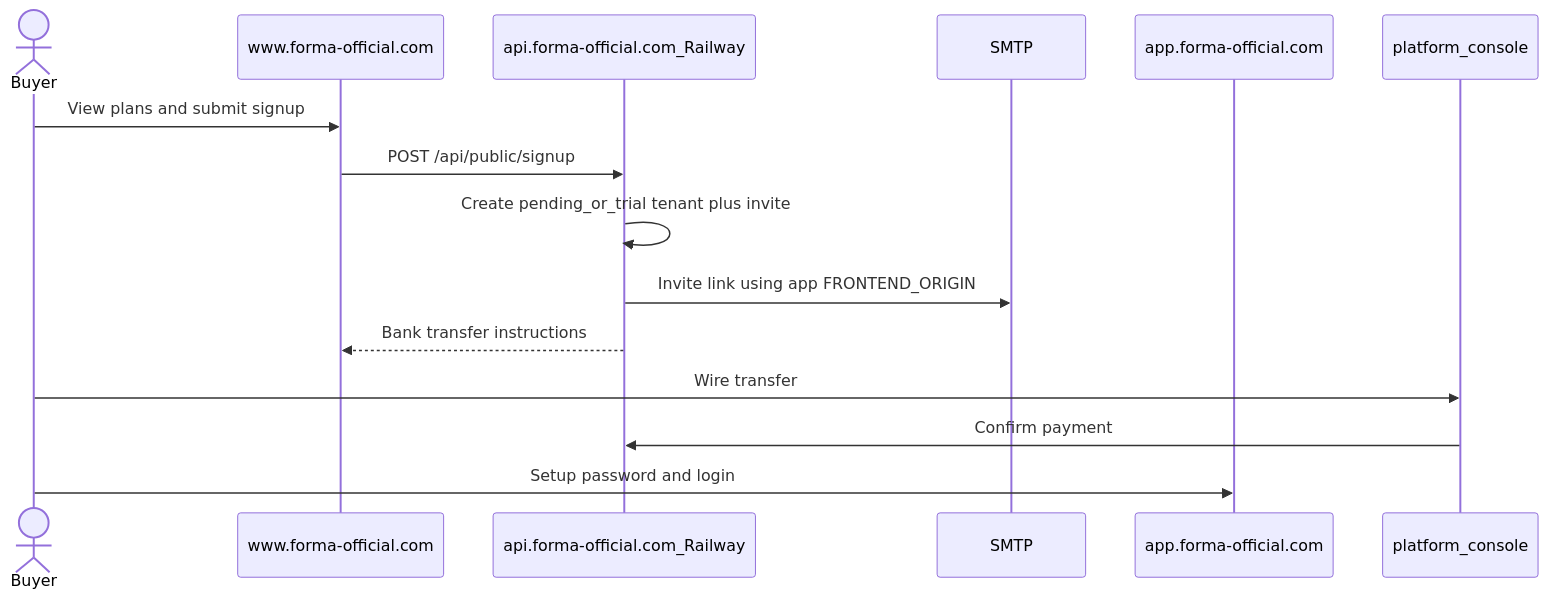
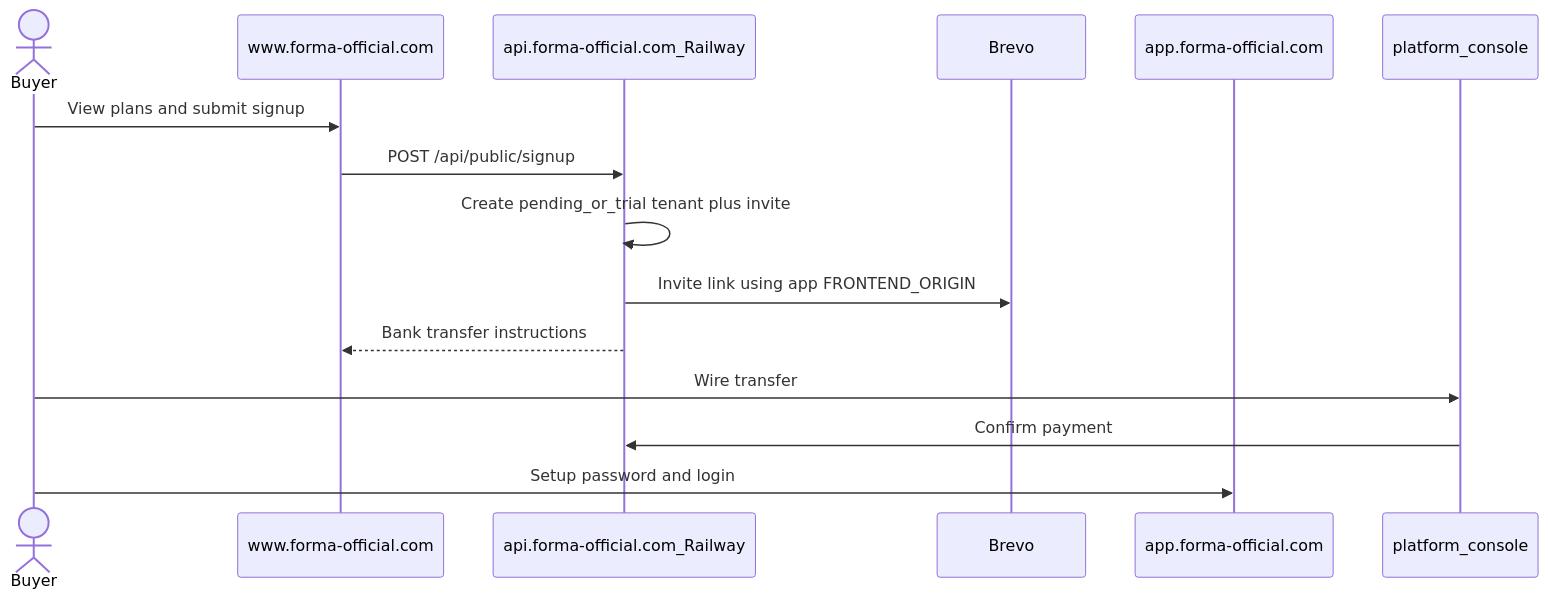
One commit to Ahmedmo-27/Forma changed the second of 2 diagrams in docs/DOMAIN_NETWORKING.md. Above: the diagram before and after it, drawn with Mermaid. The commit also changed other lines of this file and 31 other files, not shown here.

````diff
--- a/docs/DOMAIN_NETWORKING.md
+++ b/docs/DOMAIN_NETWORKING.md
@@ -157,18 +161,18 @@
 ```mermaid
 sequenceDiagram
   actor Buyer
   participant Www as www.forma-official.com
   participant Api as api.forma-official.com_Railway
-  participant Mail as SMTP
+  participant Mail as Brevo
   participant App as app.forma-official.com
   participant Ops as platform_console
 
   Buyer->>Www: View plans and submit signup
   Www->>Api: POST /api/public/signup
   Api->>Api: Create pending_or_trial tenant plus invite
   Api->>Mail: Invite link using app FRONTEND_ORIGIN
   Api-->>Www: Bank transfer instructions
   Buyer->>Ops: Wire transfer
   Ops->>Api: Confirm payment
   Buyer->>App: Setup password and login
 ```
````
